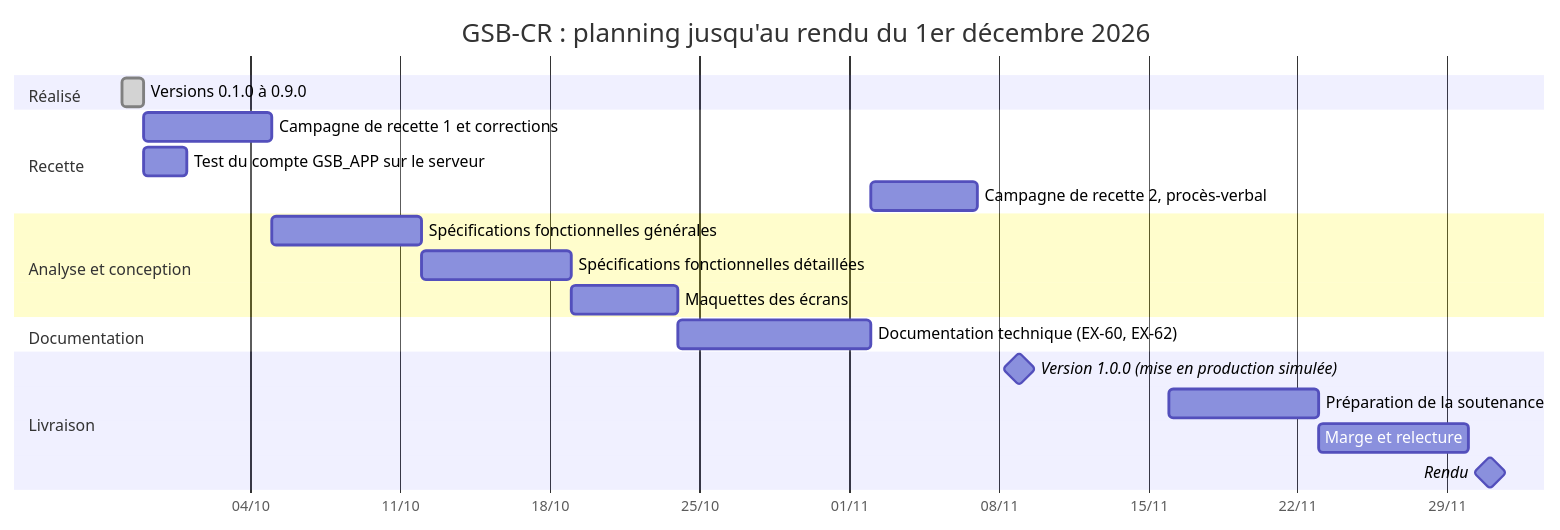
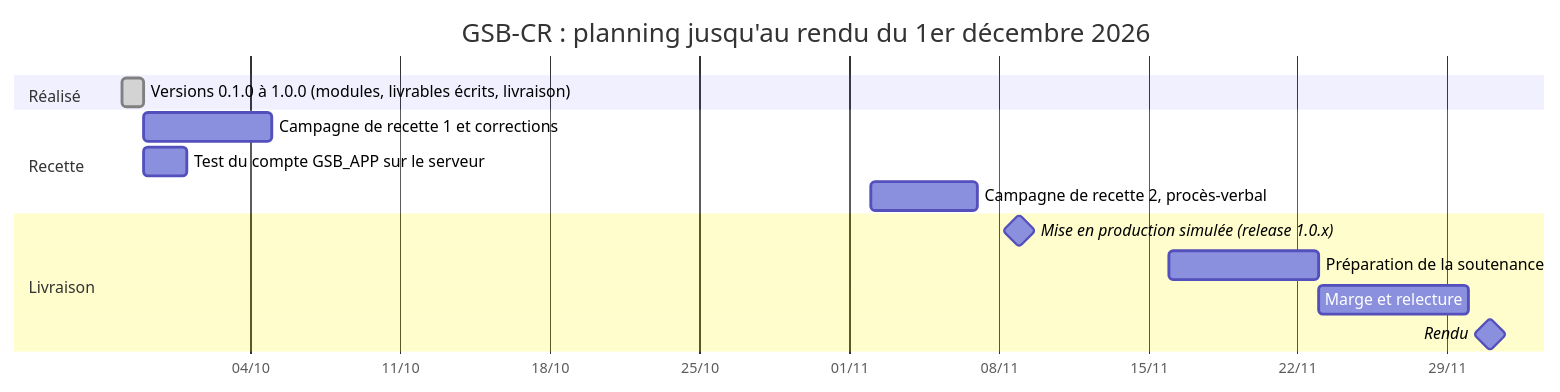
The diagram in docs/gestion-de-projet.md (NeuTroNBZh/ProjetAPS3GSB), drawn with Mermaid before and after one commit. The commit also changed other lines of this file and 6 other files, not shown here.

````diff
--- a/docs/gestion-de-projet.md
+++ b/docs/gestion-de-projet.md
@@ -63,23 +65,17 @@
 ```mermaid
 gantt
     title GSB-CR : planning jusqu'au rendu du 1er décembre 2026
     dateFormat YYYY-MM-DD
     axisFormat %d/%m
     section Réalisé
-    Versions 0.1.0 à 0.9.0                  :done, v, 2026-09-28, 1d
+    Versions 0.1.0 à 1.0.0 (modules, livrables écrits, livraison) :done, v, 2026-09-28, 1d
     section Recette
     Campagne de recette 1 et corrections    :r1, 2026-09-29, 6d
     Test du compte GSB_APP sur le serveur   :r2, 2026-09-29, 2d
     Campagne de recette 2, procès-verbal    :r3, 2026-11-02, 5d
-    section Analyse et conception
-    Spécifications fonctionnelles générales :s1, 2026-10-05, 7d
-    Spécifications fonctionnelles détaillées:s2, after s1, 7d
-    Maquettes des écrans                    :s3, 2026-10-19, 5d
-    section Documentation
-    Documentation technique (EX-60, EX-62)  :d1, 2026-10-24, 9d
     section Livraison
-    Version 1.0.0 (mise en production simulée) :milestone, m1, 2026-11-09, 0d
+    Mise en production simulée (release 1.0.x) :milestone, m1, 2026-11-09, 0d
     Préparation de la soutenance            :p1, 2026-11-16, 7d
     Marge et relecture                      :p2, 2026-11-23, 7d
     Rendu                                   :milestone, m2, 2026-12-01, 0d
 ```
````
